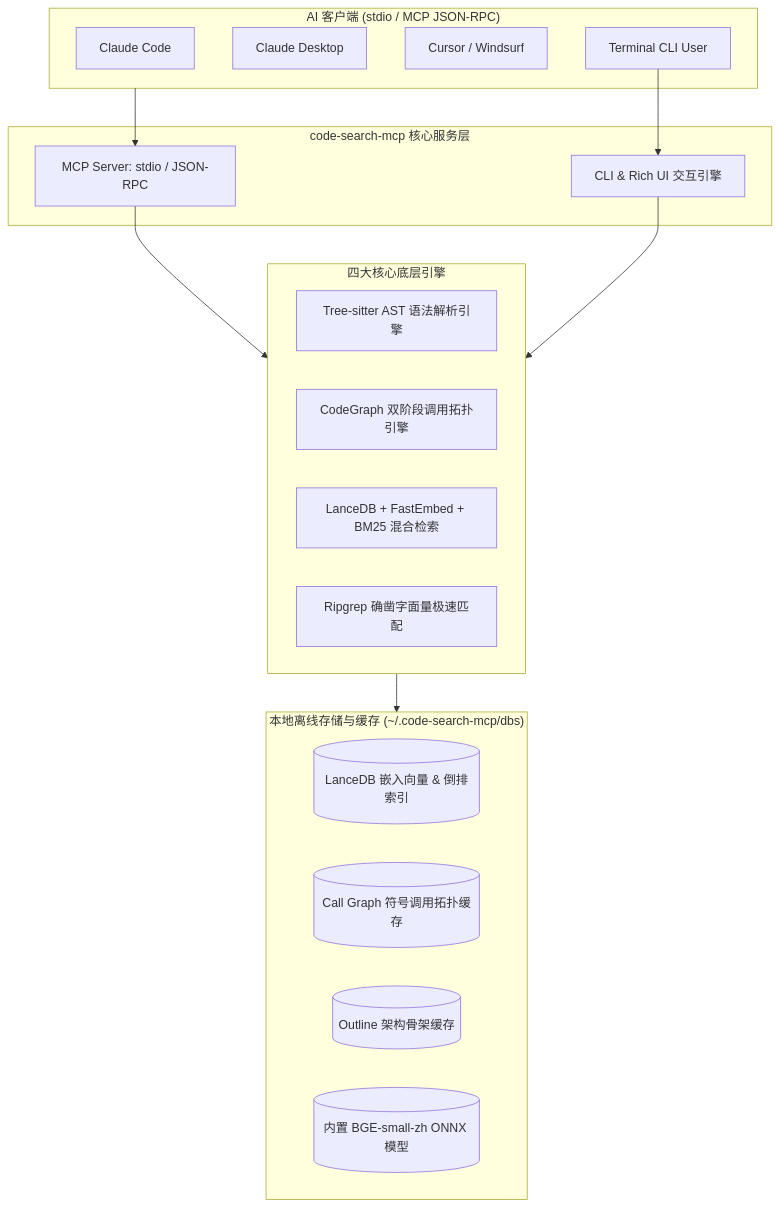
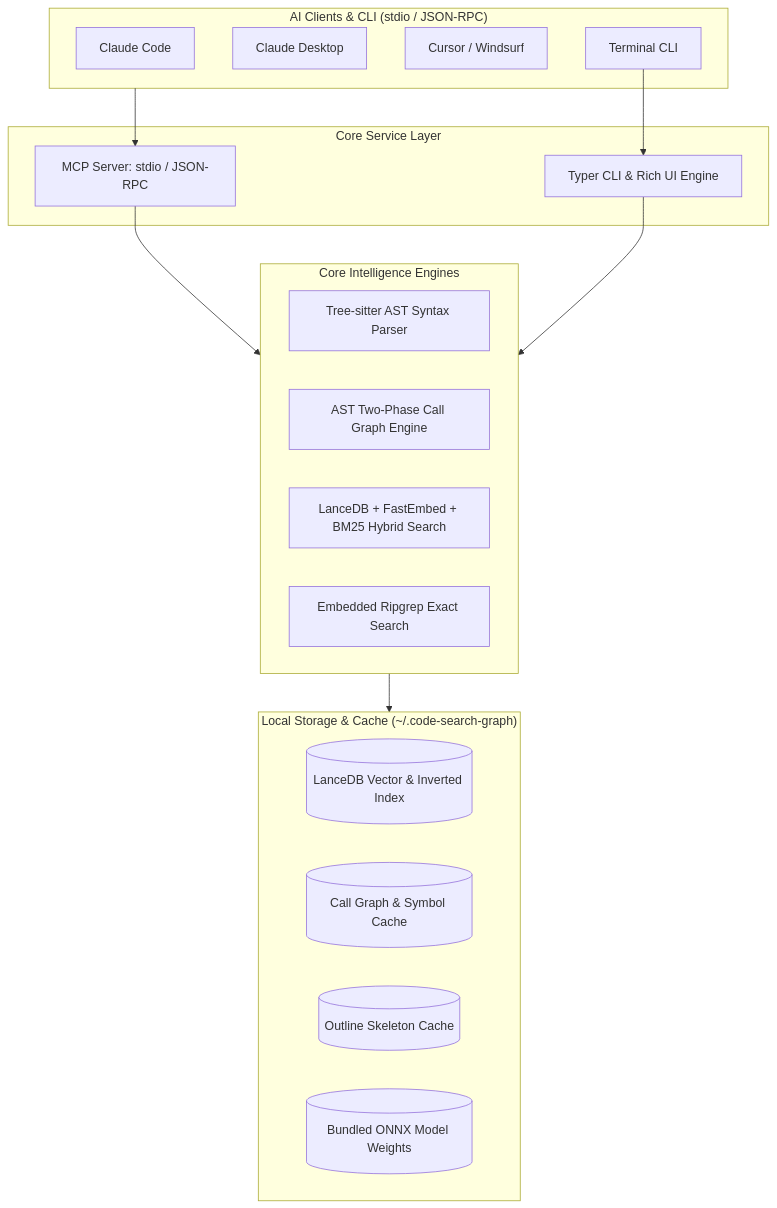
One commit to wangfenghuan/code-search changed the diagram in docs/architecture.md. Above: the diagram before and after it, drawn with Mermaid. The commit also changed other lines of this file and 34 other files, not shown here.

Commit message:
feat(ui): redesign modern CLI styling, unify package name to code-search-graph, localize to English, add AGENTS.md & CLAUDE.md

````diff
--- a/docs/architecture.md
+++ b/docs/architecture.md
@@ -11,35 +11,35 @@
 ```mermaid
 flowchart TD
-    subgraph Clients["AI 客户端 (stdio / MCP JSON-RPC)"]
-        CC[Claude Code]
-        CD[Claude Desktop]
-        CUR[Cursor / Windsurf]
-        CLI[Terminal CLI User]
+    subgraph Clients["AI Clients & CLI (stdio / JSON-RPC)"]
+        CC["Claude Code"]
+        CD["Claude Desktop"]
+        CUR["Cursor / Windsurf"]
+        CLI["Terminal CLI"]
     end
 
-    subgraph Service["code-search-mcp 核心服务层"]
-        Server[MCP Server: stdio / JSON-RPC]
-        CLIEntry[CLI & Rich UI 交互引擎]
+    subgraph Service["Core Service Layer"]
+        Server["MCP Server: stdio / JSON-RPC"]
+        CLIEntry["Typer CLI & Rich UI Engine"]
     end
 
-    subgraph CoreEngines["四大核心底层引擎"]
-        AST[Tree-sitter AST 语法解析引擎]
-        Graph[CodeGraph 双阶段调用拓扑引擎]
-        Search[LanceDB + FastEmbed + BM25 混合检索]
-        RG[Ripgrep 确凿字面量极速匹配]
+    subgraph CoreEngines["Core Intelligence Engines"]
+        AST["Tree-sitter AST Syntax Parser"]
+        Graph["AST Two-Phase Call Graph Engine"]
+        Search["LanceDB + FastEmbed + BM25 Hybrid Search"]
+        RG["Embedded Ripgrep Exact Search"]
     end
 
-    subgraph Storage["本地离线存储与缓存 (~/.code-search-mcp/dbs)"]
-        VectorDB[(LanceDB 嵌入向量 & 倒排索引)]
-        GraphCache[(Call Graph 符号调用拓扑缓存)]
-        OutlineCache[(Outline 架构骨架缓存)]
-        LocalModel[(内置 BGE-small-zh ONNX 模型)]
+    subgraph Storage["Local Storage & Cache (~/.code-search-graph)"]
+        VectorDB[("LanceDB Vector & Inverted Index")]
+        GraphCache[("Call Graph & Symbol Cache")]
+        OutlineCache[("Outline Skeleton Cache")]
+        LocalModel[("Bundled ONNX Model Weights")]
     end
 
     Clients --> Server
     CLI --> CLIEntry
     Server --> CoreEngines
     CLIEntry --> CoreEngines
 
     CoreEngines --> Storage
 ```
````
